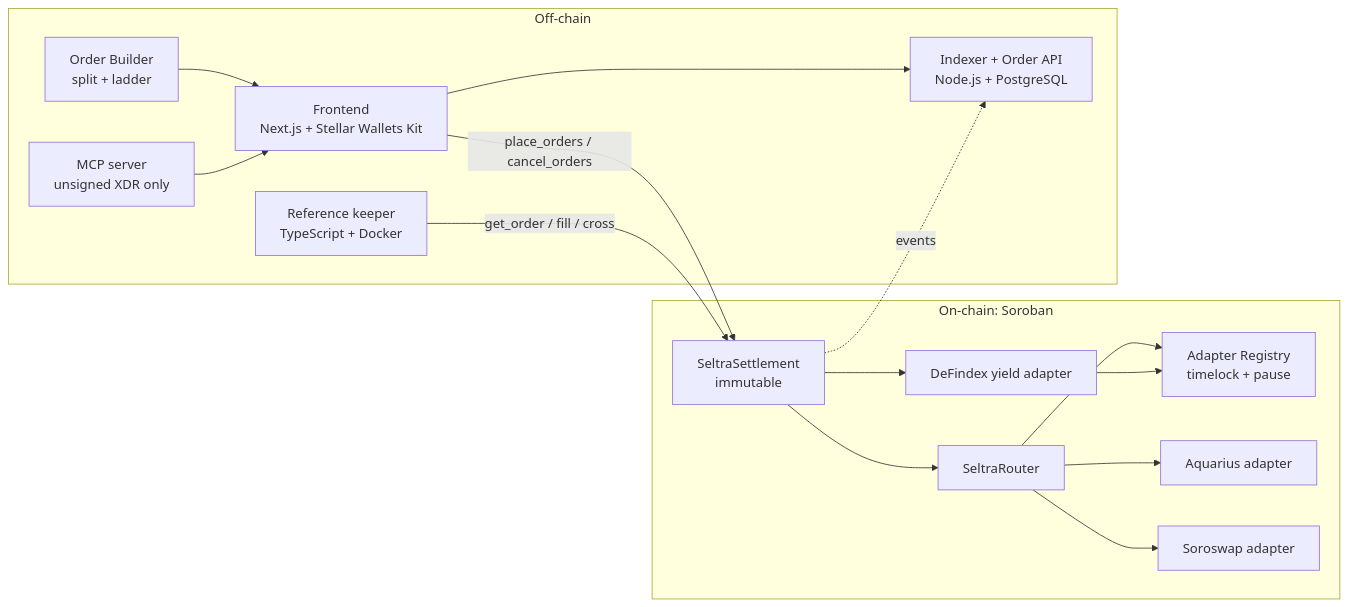
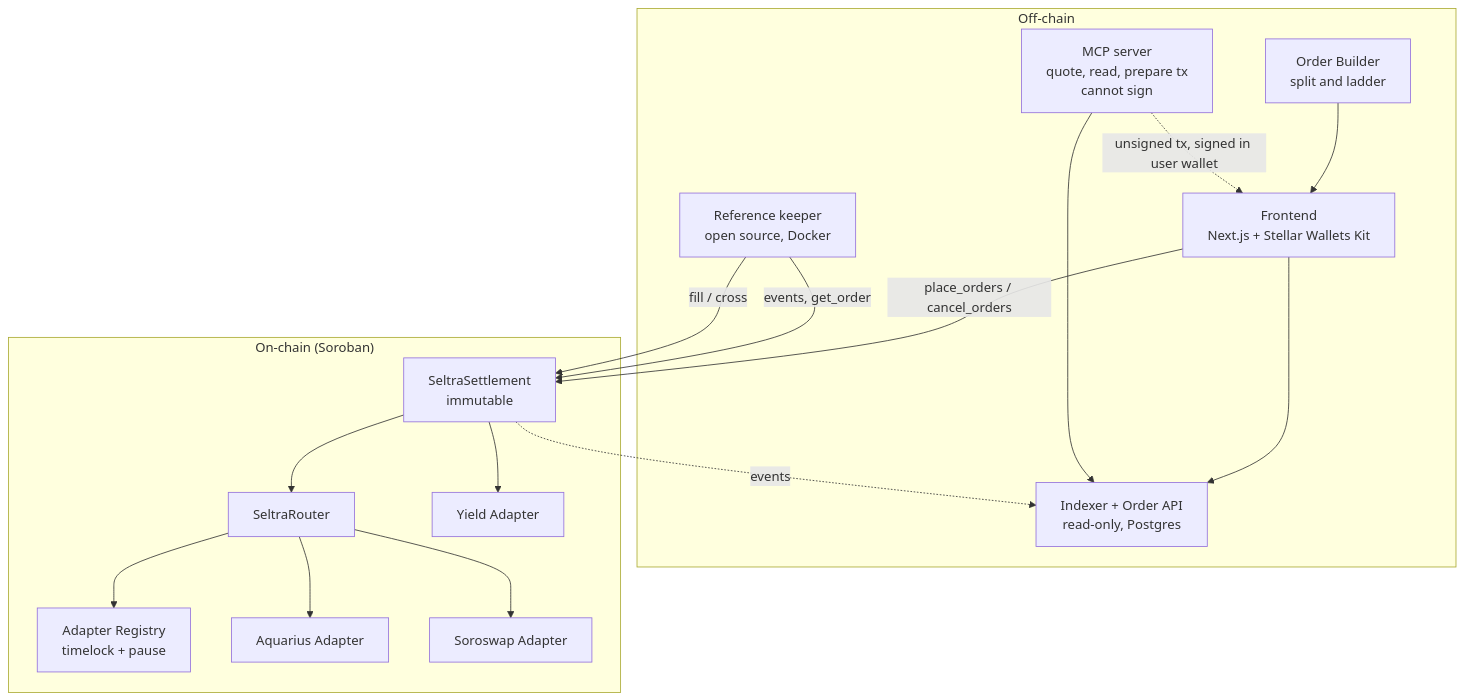
One commit to SeltraFinance/Seltra-Roadmap changed the second of 4 diagrams in ARCHITECTURE-2.md. Above: the diagram before and after it, drawn with Mermaid. The commit also changed other lines of this file, not shown here.

Commit message:
Update technical architecture doc

````diff
--- a/ARCHITECTURE-2.md
+++ b/ARCHITECTURE-2.md
@@ -160,32 +68,33 @@
 ```mermaid
-flowchart LR
-    subgraph OnChain[On-chain: Soroban]
-        Settlement[SeltraSettlement<br/>immutable]
-        Router[SeltraRouter]
-        Registry[Adapter Registry<br/>timelock + pause]
-        Aqua[Aquarius adapter]
-        Soro[Soroswap adapter]
-        Yield[DeFindex yield adapter]
-        Settlement --> Router
-        Settlement --> Yield
-        Router --> Aqua
-        Router --> Soro
-        Router --> Registry
-        Yield --> Registry
+flowchart TB
+    subgraph OffChain["Off-chain"]
+        Builder["Order Builder<br/>split and ladder"]
+        Frontend["Frontend<br/>Next.js + Stellar Wallets Kit"]
+        Indexer["Indexer + Order API<br/>read-only, Postgres"]
+        KeeperSvc["Reference keeper<br/>open source, Docker"]
+        MCP["MCP server<br/>quote, read, prepare tx<br/>cannot sign"]
     end
 
-    subgraph OffChain[Off-chain]
-        App[Frontend<br/>Next.js + Stellar Wallets Kit]
-        Builder[Order Builder<br/>split + ladder]
-        Keeper[Reference keeper<br/>TypeScript + Docker]
-        Indexer[Indexer + Order API<br/>Node.js + PostgreSQL]
-        MCP[MCP server<br/>unsigned XDR only]
-        Builder --> App
-        MCP --> App
-        App --> Indexer
+    subgraph OnChain["On-chain (Soroban)"]
+        Settlement["SeltraSettlement<br/>immutable"]
+        Router["SeltraRouter"]
+        Registry["Adapter Registry<br/>timelock + pause"]
+        Aqua["Aquarius Adapter"]
+        Soro["Soroswap Adapter"]
+        Yield["Yield Adapter"]
     end
 
-    App -->|place_orders / cancel_orders| Settlement
-    Keeper -->|get_order / fill / cross| Settlement
-    Settlement -. events .-> Indexer
+    Builder --> Frontend
+    Frontend -->|place_orders / cancel_orders| Settlement
+    Frontend --> Indexer
+    MCP --> Indexer
+    MCP -.->|unsigned tx, signed in user wallet| Frontend
+    KeeperSvc -->|events, get_order| Settlement
+    KeeperSvc -->|fill / cross| Settlement
+    Settlement --> Router
+    Router --> Registry
+    Router --> Aqua
+    Router --> Soro
+    Settlement --> Yield
+    Settlement -.->|events| Indexer
 ```
````
